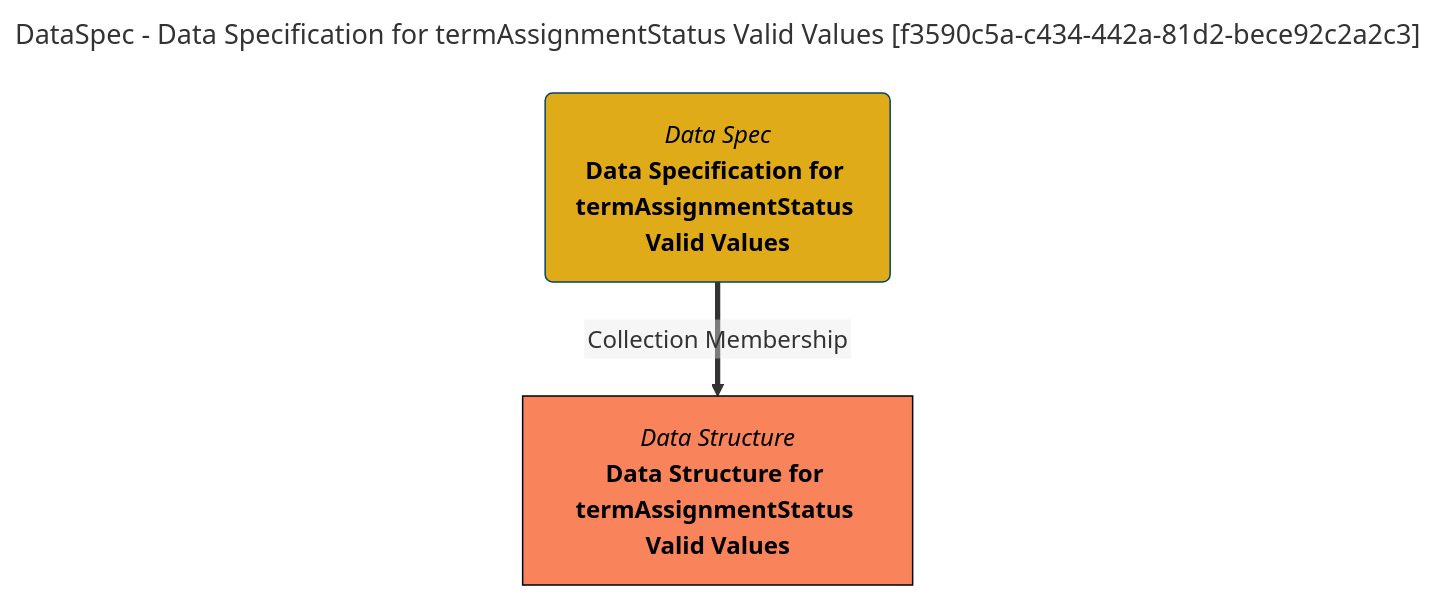
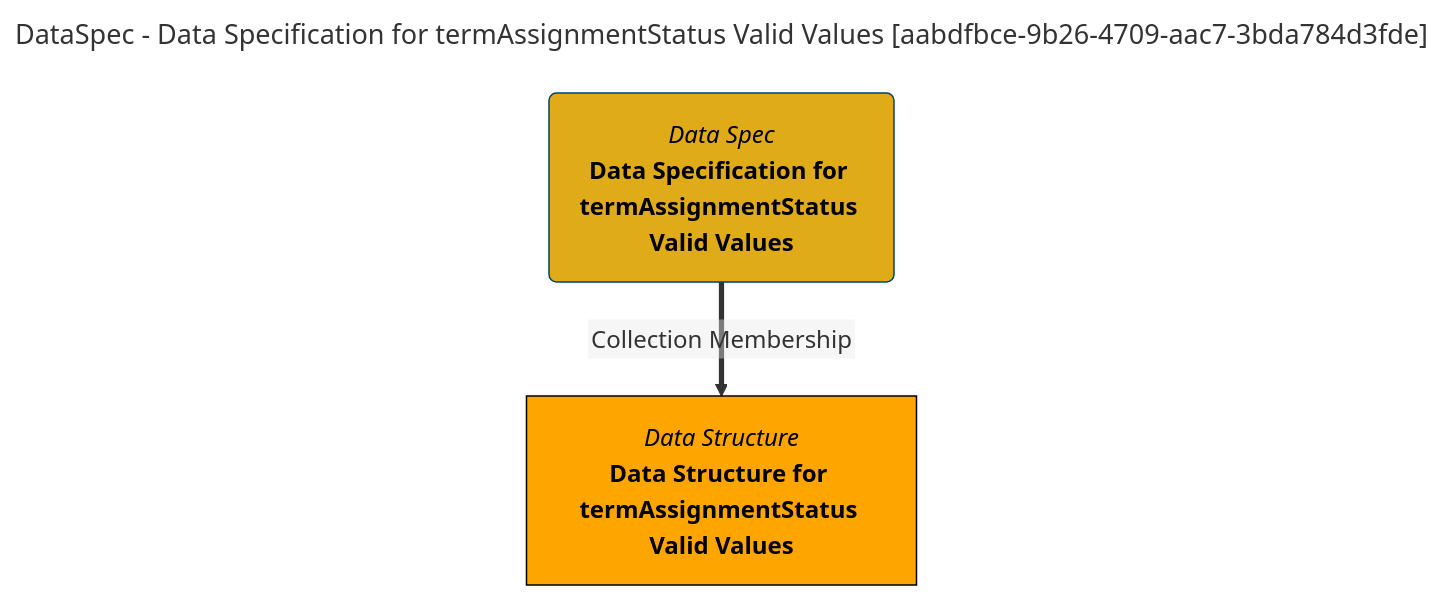
The diagram in site/snippets/collections/data-specs/data-specification-for-termassignmentstatus-valid-values-mermaid-graph.md (odpi/egeria-docs), drawn with Mermaid before and after one commit. The commit also changed 2201 other files, not shown here.

````diff
--- a/site/snippets/collections/data-specs/data-specification-for-termassignmentstatus-valid-values-mermaid-graph.md
+++ b/site/snippets/collections/data-specs/data-specification-for-termassignmentstatus-valid-values-mermaid-graph.md
@@ -1,15 +1,15 @@
 ```mermaid
 ---
-title: DataSpec - Data Specification for termAssignmentStatus Valid Values [f3590c5a-c434-442a-81d2-bece92c2a2c3]
+title: DataSpec - Data Specification for termAssignmentStatus Valid Values [aabdfbce-9b26-4709-aac7-3bda784d3fde]
 ---
 flowchart TD
 %%{init: {"flowchart": {"htmlLabels": false}} }%%
 
 1@{ shape: rounded, label: "*Data Spec*
 **Data Specification for termAssignmentStatus Valid Values**"}
 2@{ shape: rect, label: "*Data Structure*
 **Data Structure for termAssignmentStatus Valid Values**"}
 1==>|"Collection Membership"|2
 style 1 color:#000000, fill:#e0ab18, stroke:#004563
-style 2 color:#000000, fill:#f9845b, stroke:#000000
+style 2 color:#000000, fill:#FFA500, stroke:#000000
 ```
````
